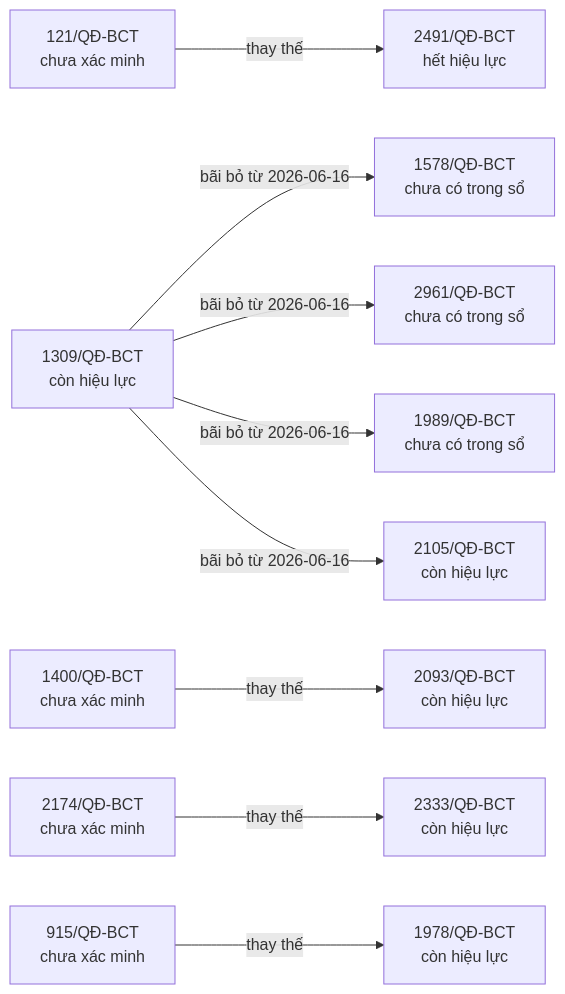
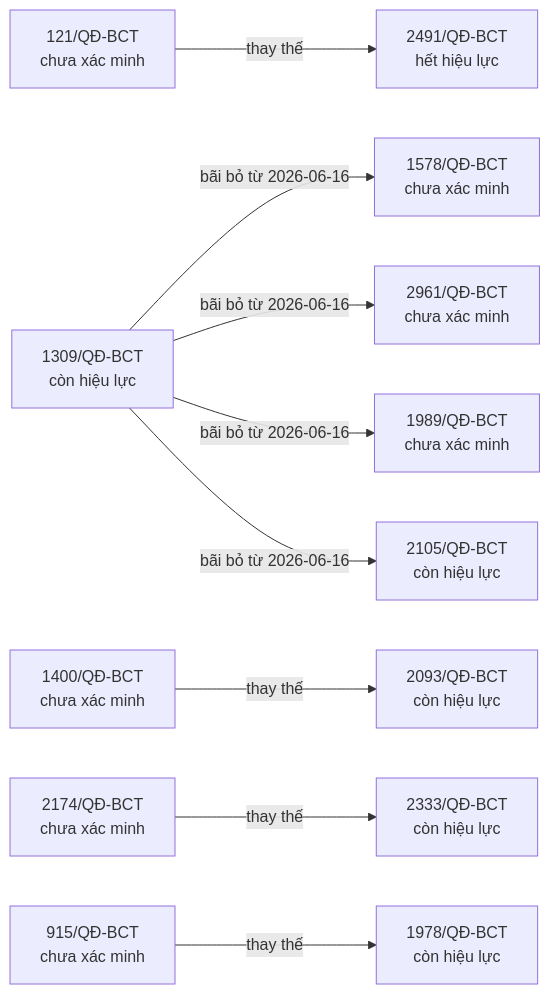
Before and after one commit to ozvietnam/oz-wiki-plhq: the fifth of 8 diagrams in bao-cao/quan-he.md, drawn with Mermaid. The commit also changed other lines of this file and 5 other files, not shown here.

````diff
--- a/bao-cao/quan-he.md
+++ b/bao-cao/quan-he.md
@@ -195,24 +195,24 @@
 ```mermaid
 flowchart LR
   n_121_Q__BCT["121/QĐ-BCT<br/>chưa xác minh"]
   n_2491_Q__BCT["2491/QĐ-BCT<br/>hết hiệu lực"]
   n_1309_Q__BCT["1309/QĐ-BCT<br/>còn hiệu lực"]
-  n_1578_Q__BCT["1578/QĐ-BCT<br/>chưa có trong sổ"]
-  n_2961_Q__BCT["2961/QĐ-BCT<br/>chưa có trong sổ"]
-  n_1989_Q__BCT["1989/QĐ-BCT<br/>chưa có trong sổ"]
+  n_1578_Q__BCT["1578/QĐ-BCT<br/>chưa xác minh"]
+  n_2961_Q__BCT["2961/QĐ-BCT<br/>chưa xác minh"]
+  n_1989_Q__BCT["1989/QĐ-BCT<br/>chưa xác minh"]
   n_2105_Q__BCT["2105/QĐ-BCT<br/>còn hiệu lực"]
   n_1400_Q__BCT["1400/QĐ-BCT<br/>chưa xác minh"]
   n_2093_Q__BCT["2093/QĐ-BCT<br/>còn hiệu lực"]
   n_2174_Q__BCT["2174/QĐ-BCT<br/>chưa xác minh"]
   n_2333_Q__BCT["2333/QĐ-BCT<br/>còn hiệu lực"]
   n_915_Q__BCT["915/QĐ-BCT<br/>chưa xác minh"]
   n_1978_Q__BCT["1978/QĐ-BCT<br/>còn hiệu lực"]
   n_121_Q__BCT -->|thay thế| n_2491_Q__BCT
   n_1309_Q__BCT -->|bãi bỏ từ 2026-06-16| n_1578_Q__BCT
   n_1309_Q__BCT -->|bãi bỏ từ 2026-06-16| n_2961_Q__BCT
   n_1309_Q__BCT -->|bãi bỏ từ 2026-06-16| n_1989_Q__BCT
   n_1309_Q__BCT -->|bãi bỏ từ 2026-06-16| n_2105_Q__BCT
   n_1400_Q__BCT -->|thay thế| n_2093_Q__BCT
   n_2174_Q__BCT -->|thay thế| n_2333_Q__BCT
   n_915_Q__BCT -->|thay thế| n_1978_Q__BCT
 ```
````
